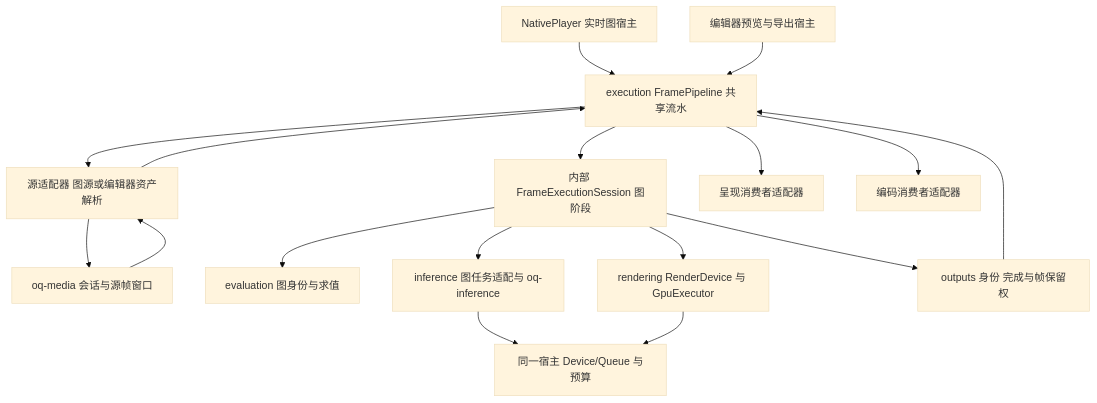
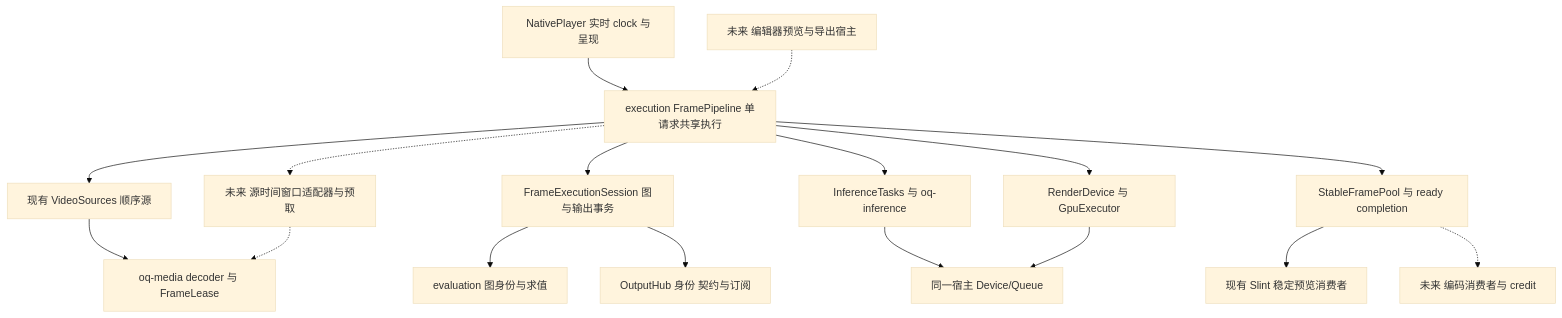
Before and after one commit to sanitor/open_quartz: the sixth of 6 diagrams in docs/DESIGN.md, drawn with Mermaid (base theme). The commit also changed other lines of this file and 29 other files, not shown here.

Commit message:
refactor(execution): route NativePlayer through shared FramePipeline

````diff
--- a/docs/DESIGN.md
+++ b/docs/DESIGN.md
@@ -395,19 +395,19 @@
 ```mermaid
 flowchart TD
-    GraphHost[NativePlayer 实时图宿主] --> Pipeline[execution FramePipeline 共享流水]
-    EditorHost[编辑器预览与导出宿主] --> Pipeline
-    Pipeline --> Provider[源适配器 图源或编辑器资产解析]
-    Provider --> Media[oq-media 会话与源帧窗口]
-    Media --> Provider
-    Provider --> Pipeline
-    Pipeline --> Exec[内部 FrameExecutionSession 图阶段]
+    GraphHost[NativePlayer 实时 clock 与呈现] --> Pipeline[execution FramePipeline 单请求共享执行]
+    EditorHost[未来 编辑器预览与导出宿主] -.-> Pipeline
+    Pipeline --> Sources[现有 VideoSources 顺序源]
+    Sources --> Media[oq-media decoder 与 FrameLease]
+    Pipeline -.-> Provider[未来 源时间窗口适配器与预取]
+    Provider -.-> Media
+    Pipeline --> Exec[FrameExecutionSession 图与输出事务]
     Exec --> Eval[evaluation 图身份与求值]
-    Exec --> Infer[inference 图任务适配与 oq-inference]
-    Exec --> Render[rendering RenderDevice 与 GpuExecutor]
-    Infer --> Shared[同一宿主 Device/Queue 与预算]
+    Pipeline --> Infer[InferenceTasks 与 oq-inference]
+    Pipeline --> Render[RenderDevice 与 GpuExecutor]
+    Infer --> Shared[同一宿主 Device/Queue]
     Render --> Shared
-    Exec --> Outputs[outputs 身份 完成与帧保留权]
-    Outputs --> Pipeline
-    Pipeline --> Present[呈现消费者适配器]
-    Pipeline --> Encoder[编码消费者适配器]
+    Exec --> Outputs[OutputHub 身份 契约与订阅]
+    Pipeline --> Stable[StableFramePool 与 ready completion]
+    Stable --> Present[现有 Slint 稳定预览消费者]
+    Stable -.-> Encoder[未来 编码消费者与 credit]
 ```
````
